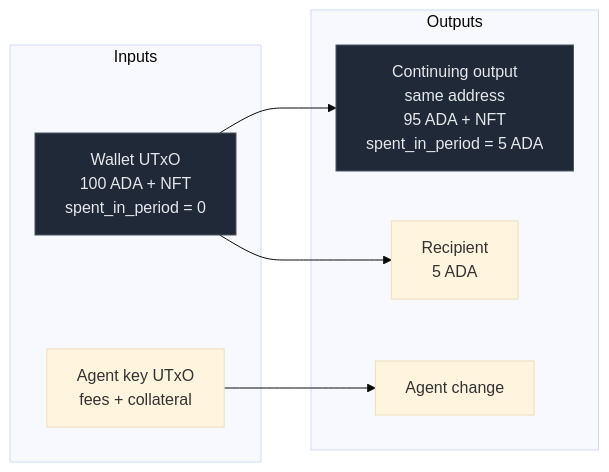
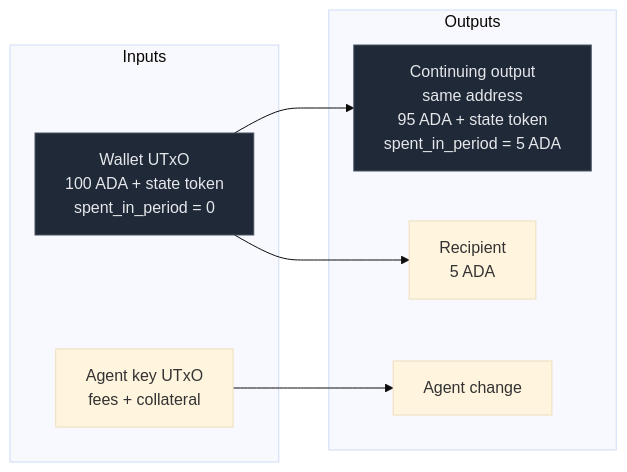
Before and after one commit to masumi-network/masumi-payment-service: the third of 4 diagrams in smart-contracts/smart-wallet/wallet_lifecycle_diagram.md, drawn with Mermaid (base theme). The commit also changed other lines of this file and 1 other file, not shown here.

First line of the commit message:
docs(contracts): rewrite smart wallet docs in simplified technical english

````diff
--- a/smart-contracts/smart-wallet/wallet_lifecycle_diagram.md
+++ b/smart-contracts/smart-wallet/wallet_lifecycle_diagram.md
@@ -64,18 +67,18 @@
 ```mermaid
 flowchart LR
     subgraph Inputs
-        W["Wallet UTxO<br/>100 ADA + NFT<br/>spent_in_period = 0"]
+        W["Wallet UTxO<br/>100 ADA + state token<br/>spent_in_period = 0"]
         F["Agent key UTxO<br/>fees + collateral"]
     end
     subgraph Outputs
-        C["Continuing output<br/>same address<br/>95 ADA + NFT<br/>spent_in_period = 5 ADA"]
+        C["Continuing output<br/>same address<br/>95 ADA + state token<br/>spent_in_period = 5 ADA"]
         P["Recipient<br/>5 ADA"]
         X["Agent change"]
     end
     W --> C
     W --> P
     F --> X
 
     style W fill:#1f2937,stroke:#4b5563,color:#e5e7eb
     style C fill:#1f2937,stroke:#4b5563,color:#e5e7eb
 ```
````
